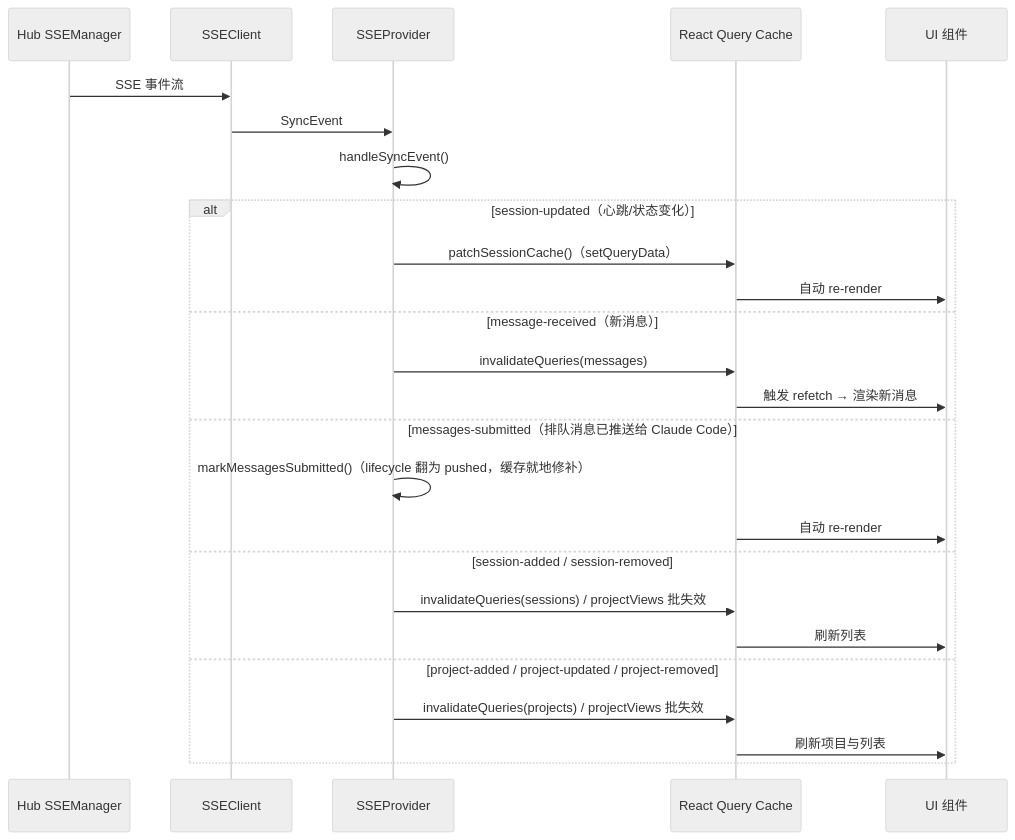
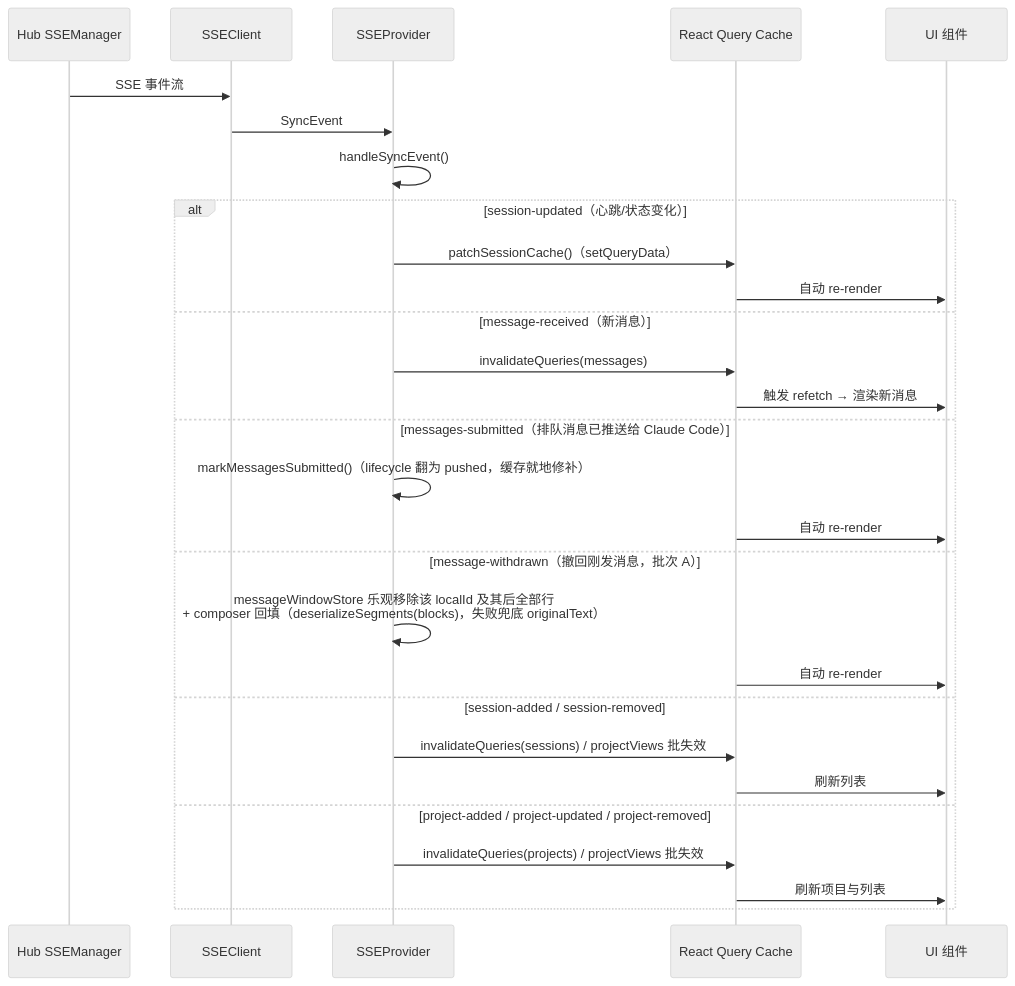
One commit to ModuBit/mobi changed the third of 5 diagrams in docs/architecture/web/README.md. Above: the diagram before and after it, drawn with Mermaid (neutral theme). The commit also changed other lines of this file and 11 other files, not shown here.

````diff
--- a/docs/architecture/web/README.md
+++ b/docs/architecture/web/README.md
@@ -435,29 +435,32 @@
 ```mermaid
 sequenceDiagram
     participant Hub as Hub SSEManager
     participant SSEClient as SSEClient
     participant Provider as SSEProvider
     participant QC as React Query Cache
     participant UI as UI 组件
 
     Hub->>SSEClient: SSE 事件流
     SSEClient->>Provider: SyncEvent
     Provider->>Provider: handleSyncEvent()
 
     alt session-updated（心跳/状态变化）
         Provider->>QC: patchSessionCache()（setQueryData）
         QC->>UI: 自动 re-render
     else message-received（新消息）
         Provider->>QC: invalidateQueries(messages)
         QC->>UI: 触发 refetch → 渲染新消息
     else messages-submitted（排队消息已推送给 Claude Code）
         Provider->>Provider: markMessagesSubmitted()（lifecycle 翻为 pushed，缓存就地修补）
         QC->>UI: 自动 re-render
+    else message-withdrawn（撤回刚发消息，批次 A）
+        Provider->>Provider: messageWindowStore 乐观移除该 localId 及其后全部行<br/>+ composer 回填（deserializeSegments(blocks)，失败兜底 originalText）
+        QC->>UI: 自动 re-render
     else session-added / session-removed
         Provider->>QC: invalidateQueries(sessions) / projectViews 批失效
         QC->>UI: 刷新列表
     else project-added / project-updated / project-removed
         Provider->>QC: invalidateQueries(projects) / projectViews 批失效
         QC->>UI: 刷新项目与列表
     end
 ```
````
